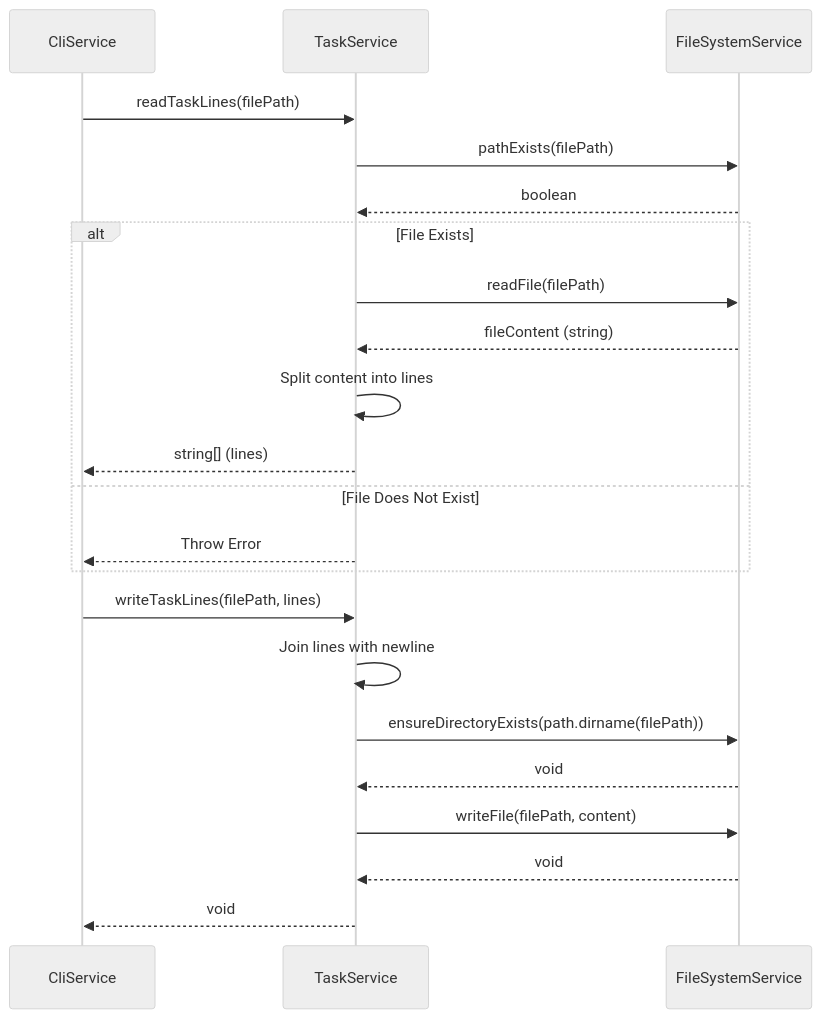
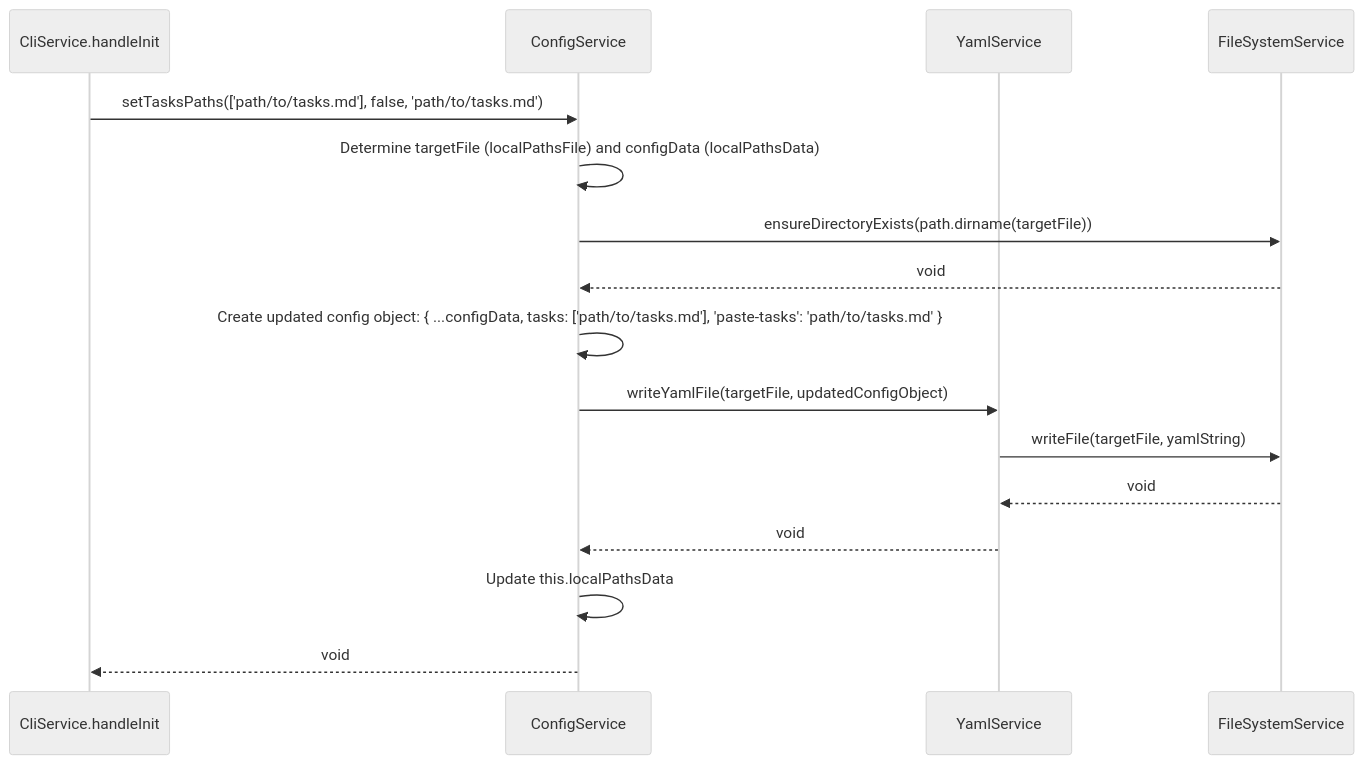
Before and after one commit to ultrawideturbodev/pewPewCLI: the second of 4 diagrams in .pew/tasks.md, drawn with Mermaid (neutral theme). The commit also changed other lines of this file and 11 other files, not shown here.

````diff
--- a/.pew/tasks.md
+++ b/.pew/tasks.md
@@ -225,26 +248,19 @@
     ```mermaid
     sequenceDiagram
-        participant CliS as CliService
-        participant TS as TaskService
+        participant CliS_Init as CliService.handleInit
+        participant CS as ConfigService
+        participant YS as YamlService
         participant FSS as FileSystemService
 
-        CliS->>TS: readTaskLines(filePath)
-        TS->>FSS: pathExists(filePath)
-        FSS-->>TS: boolean
-        alt File Exists
-            TS->>FSS: readFile(filePath)
-            FSS-->>TS: fileContent (string)
-            TS->>TS: Split content into lines
-            TS-->>CliS: string[] (lines)
-        else File Does Not Exist
-            TS-->>CliS: Throw Error
-        end
-
-        CliS->>TS: writeTaskLines(filePath, lines)
-        TS->>TS: Join lines with newline
-        TS->>FSS: ensureDirectoryExists(path.dirname(filePath))
-        FSS-->>TS: void
-        TS->>FSS: writeFile(filePath, content)
-        FSS-->>TS: void
-        TS-->>CliS: void
+        CliS_Init->>CS: setTasksPaths(['path/to/tasks.md'], false, 'path/to/tasks.md') # Example call signature change
+        CS->>CS: Determine targetFile (localPathsFile) and configData (localPathsData)
+        CS->>FSS: ensureDirectoryExists(path.dirname(targetFile))
+        FSS-->>CS: void
+        CS->>CS: Create updated config object: { ...configData, tasks: ['path/to/tasks.md'], 'paste-tasks': 'path/to/tasks.md' }
+        CS->>YS: writeYamlFile(targetFile, updatedConfigObject)
+        YS->>FSS: writeFile(targetFile, yamlString)
+        FSS-->>YS: void
+        YS-->>CS: void
+        CS->>CS: Update this.localPathsData
+        CS-->>CliS_Init: void
     ```
````
